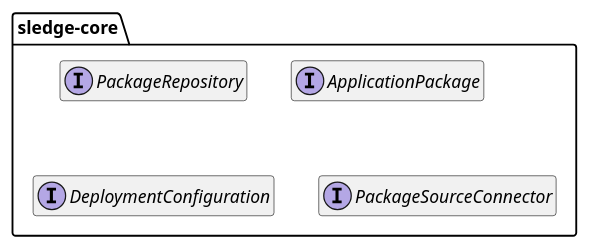
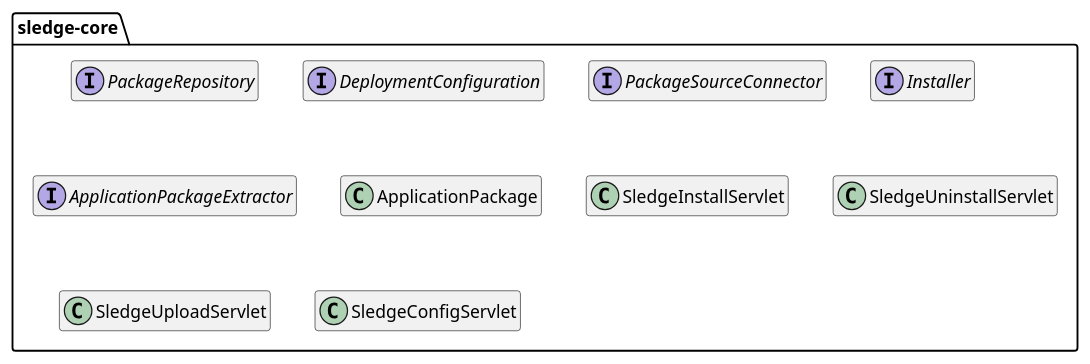
Before and after one commit to unic/sledge: the diagram in docs/src/main/plantuml/building-block-core-diagram.puml, drawn with PlantUML. The commit also changed 51 other files, not shown here.

First line of the commit message:
SLEDGE-6: Implemented simple package installation for local uploaded app packages

```diff
--- a/docs/src/main/plantuml/building-block-core-diagram.puml
+++ b/docs/src/main/plantuml/building-block-core-diagram.puml
@@ -1,12 +1,18 @@
 @startuml
 
 package "sledge-core" as core {
 	interface PackageRepository
-	interface ApplicationPackage
 	interface DeploymentConfiguration
 	interface PackageSourceConnector
+	interface Installer
+	interface ApplicationPackageExtractor
+	class ApplicationPackage
+	class SledgeInstallServlet
+	class SledgeUninstallServlet
+	class SledgeUploadServlet
+	class SledgeConfigServlet
 }
 
 hide members
 
 @enduml
```
